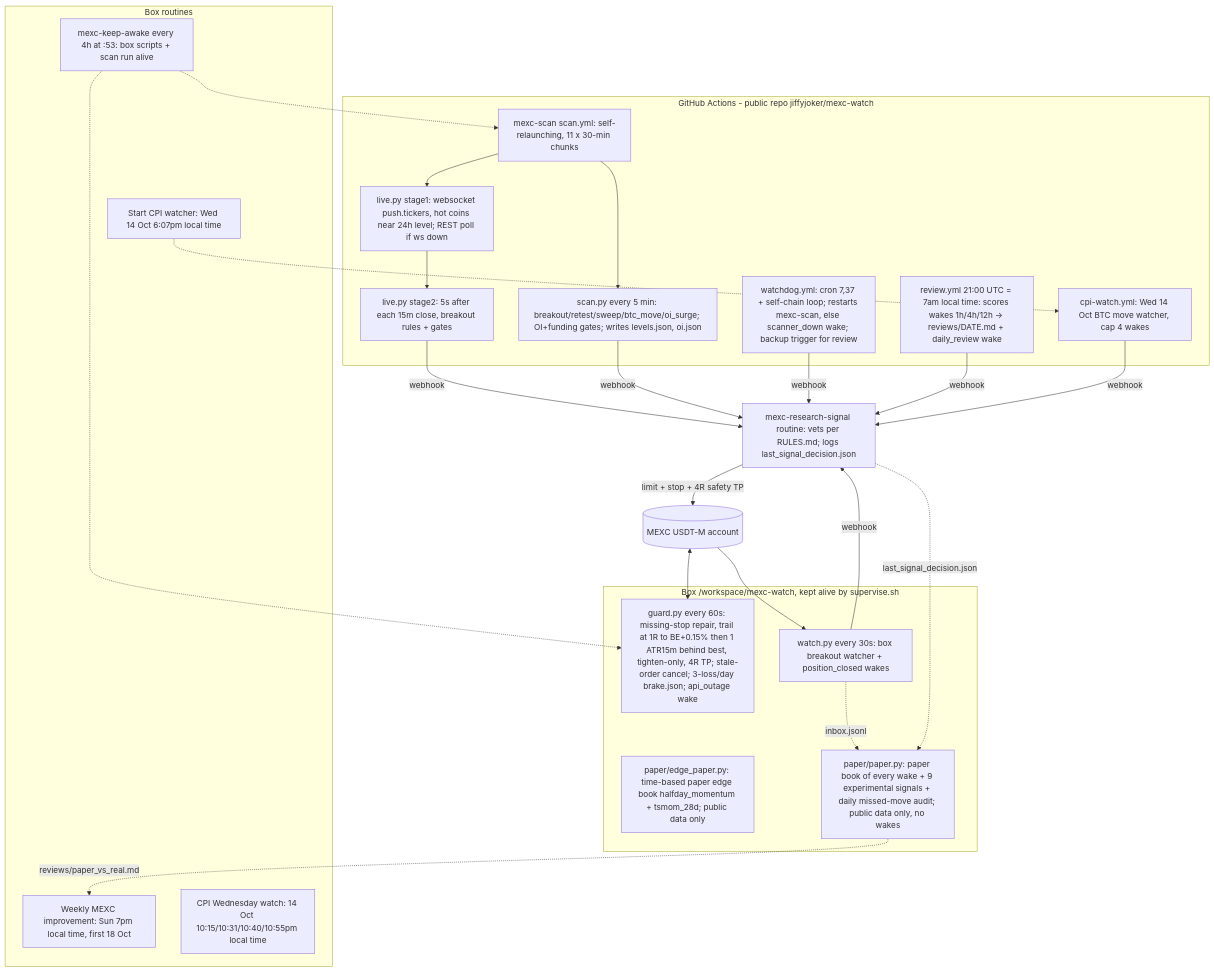
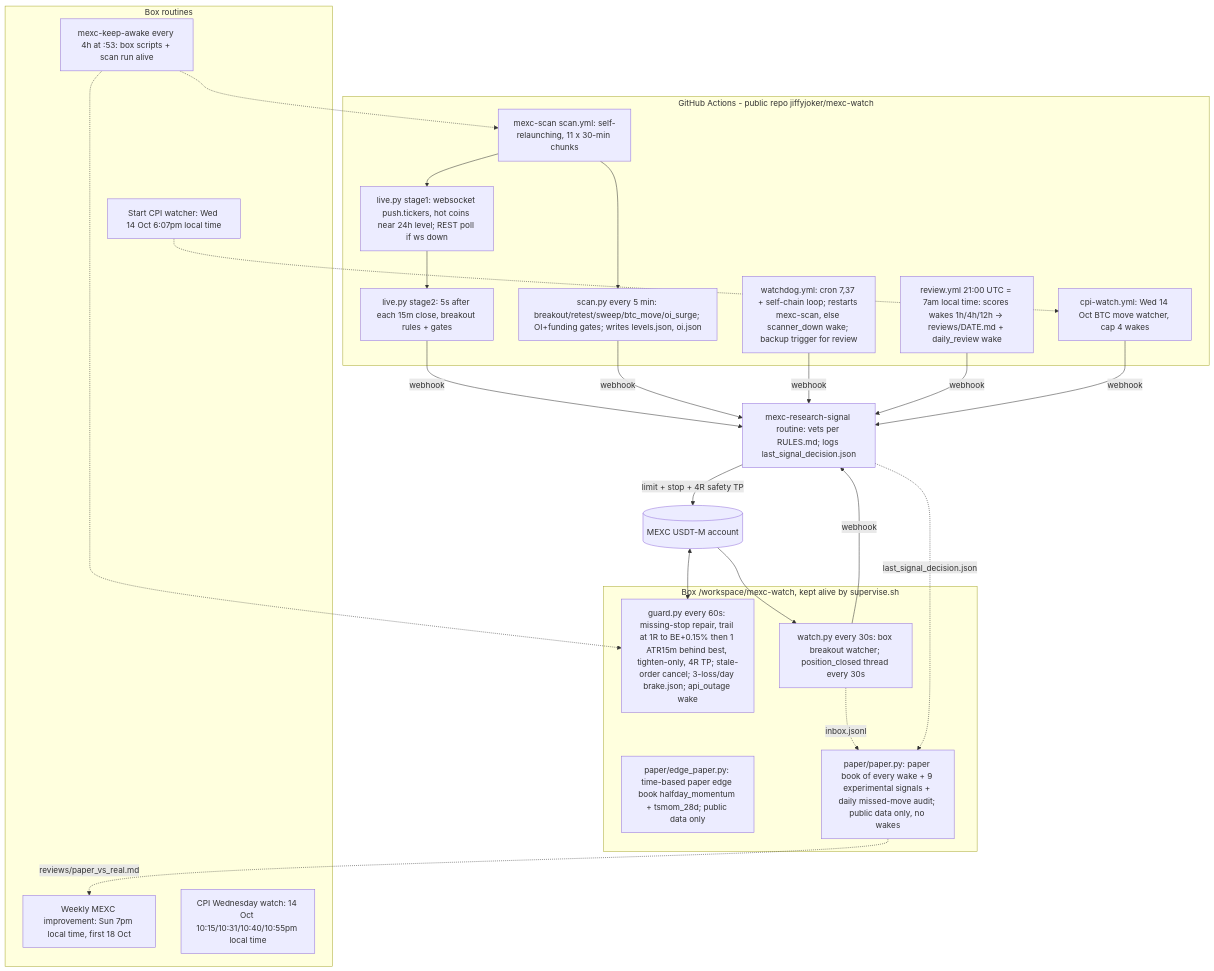
The diagram in SYSTEM_MAP.md (jiffyjoker/mexc-watch), drawn with Mermaid before and after one commit. The commit also changed other lines of this file, not shown here.

Commit message:
system map: stop-entry backtest, close-alert thread

````diff
--- a/SYSTEM_MAP.md
+++ b/SYSTEM_MAP.md
@@ -5,40 +5,40 @@
 ```mermaid
 flowchart TD
   subgraph GH[GitHub Actions - public repo jiffyjoker/mexc-watch]
     SCAN[mexc-scan scan.yml: self-relaunching, 11 x 30-min chunks]
     WS[live.py stage1: websocket push.tickers, hot coins near 24h level; REST poll if ws down]
     S2[live.py stage2: 5s after each 15m close, breakout rules + gates]
     REST[scan.py every 5 min: breakout/retest/sweep/btc_move/oi_surge; OI+funding gates; writes levels.json, oi.json]
     WD[watchdog.yml: cron 7,37 + self-chain loop; restarts mexc-scan, else scanner_down wake; backup trigger for review]
     RV[review.yml 21:00 UTC = 7am local time: scores wakes 1h/4h/12h -> reviews/DATE.md + daily_review wake]
     CPI[cpi-watch.yml: Wed 14 Oct BTC move watcher, cap 4 wakes]
     SCAN --> WS --> S2
     SCAN --> REST
   end
   S2 -->|webhook| R[mexc-research-signal routine: vets per RULES.md; logs last_signal_decision.json]
   REST -->|webhook| R
   WD -->|webhook| R
   RV -->|webhook| R
   CPI -->|webhook| R
   R -->|limit + stop + 4R safety TP| MEXC[(MEXC USDT-M account)]
   subgraph BOX[Box /workspace/mexc-watch, kept alive by supervise.sh]
     G[guard.py every 60s: missing-stop repair, trail at 1R to BE+0.15% then 1 ATR15m behind best, tighten-only, 4R TP; stale-order cancel; 3-loss/day brake.json; api_outage wake]
-    W[watch.py every 30s: box breakout watcher + position_closed wakes]
+    W[watch.py every 30s: box breakout watcher; position_closed thread every 30s]
     EP[paper/edge_paper.py: time-based paper edge book halfday_momentum + tsmom_28d; public data only]
     PB[paper/paper.py: paper book of every wake + 9 experimental signals + daily missed-move audit; public data only, no wakes]
   end
   MEXC <--> G
   MEXC --> W -->|webhook| R
   W -.->|inbox.jsonl| PB
   R -.->|last_signal_decision.json| PB
   PB -.->|reviews/paper_vs_real.md| WK
   subgraph RT[Box routines]
     KA[mexc-keep-awake every 4h at :53: box scripts + scan run alive]
     CW[CPI Wednesday watch: 14 Oct 10:15/10:31/10:40/10:55pm local time]
     SC[Start CPI watcher: Wed 14 Oct 6:07pm local time]
     WK[Weekly MEXC improvement: Sun 7pm local time, first 18 Oct]
   end
   KA -.-> SCAN
   KA -.-> G
   SC -.-> CPI
 ```
````
